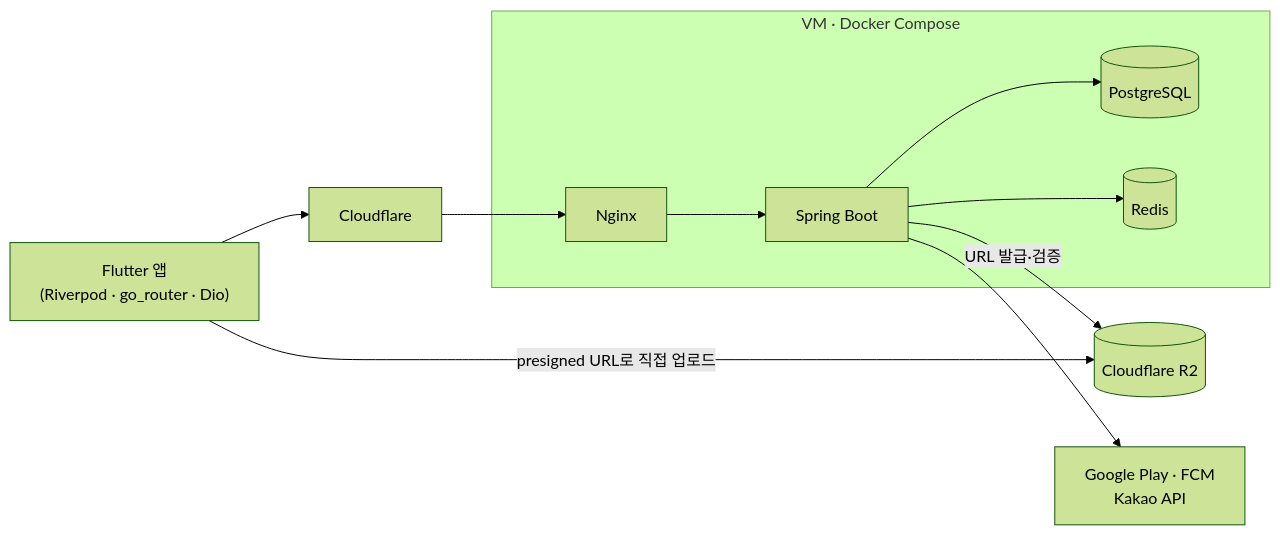
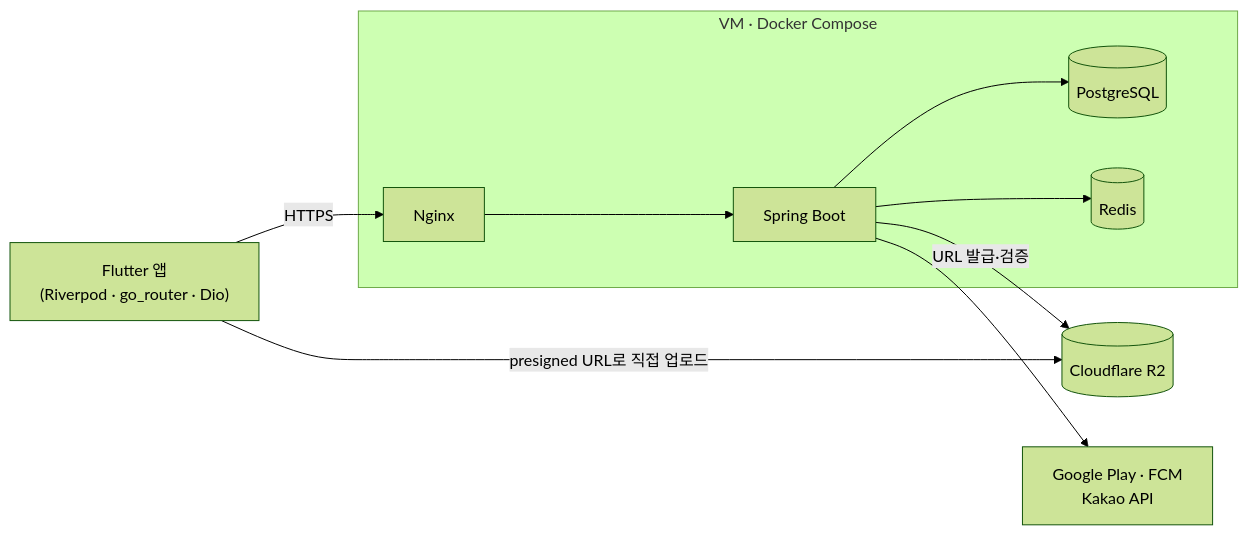
The diagram in README.md (Yekapark/bandApp), drawn with Mermaid (forest theme) before and after one commit. The commit also changed other lines of this file and 1 other file, not shown here.

Commit message:
docs: README 아키텍처 정정(API 는 Cloudflare 미경유), G11 갱신

````diff
--- a/README.md
+++ b/README.md
@@ -39,17 +39,16 @@
 ```mermaid
 flowchart LR
     App["Flutter 앱<br/>(Riverpod · go_router · Dio)"]
-    CF["Cloudflare"]
     subgraph VM["VM · Docker Compose"]
         N["Nginx"] --> S["Spring Boot"]
         S --> P[("PostgreSQL")]
         S --> R[("Redis")]
     end
     R2[("Cloudflare R2")]
     Ext["Google Play · FCM<br/>Kakao API"]
 
-    App --> CF --> N
+    App -- HTTPS --> N
     App -- "presigned URL로 직접 업로드" --> R2
     S -- "URL 발급·검증" --> R2
     S --> Ext
 ```
````
